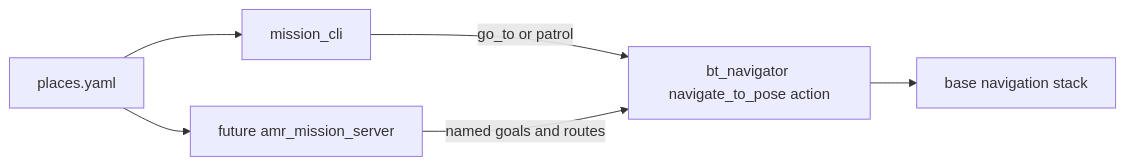
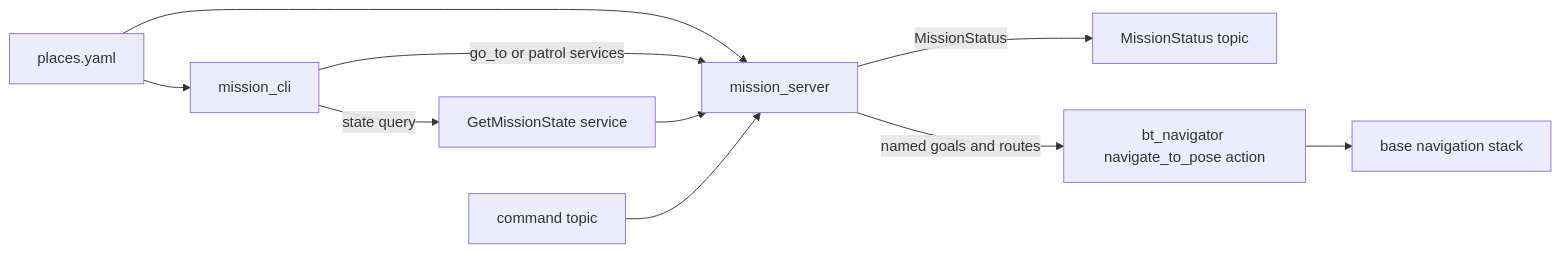
One commit to KartikMehta-1/AMR-development changed the sixth of 6 diagrams in docs/ros_stack_diagrams.md. Above: the diagram before and after it, drawn with Mermaid. The commit also changed other lines of this file and 8 other files, not shown here.

````diff
--- a/docs/ros_stack_diagrams.md
+++ b/docs/ros_stack_diagrams.md
@@ -322,14 +322,21 @@
 ```mermaid
 flowchart LR
   YAML[places.yaml]
   CLI[mission_cli]
-  SERVER[future amr_mission_server]
+  SERVER[mission_server]
+  STATUS[MissionStatus topic]
+  STATE[GetMissionState service]
+  CMD[command topic]
   NAV2[bt_navigator navigate_to_pose action]
   ROBOT[base navigation stack]
 
   YAML --> CLI
   YAML --> SERVER
-  CLI -->|go_to or patrol| NAV2
+  CLI -->|go_to or patrol services| SERVER
+  CLI -->|state query| STATE
+  STATE --> SERVER
+  CMD --> SERVER
+  SERVER -->|MissionStatus| STATUS
   SERVER -->|named goals and routes| NAV2
   NAV2 --> ROBOT
 ```
````
